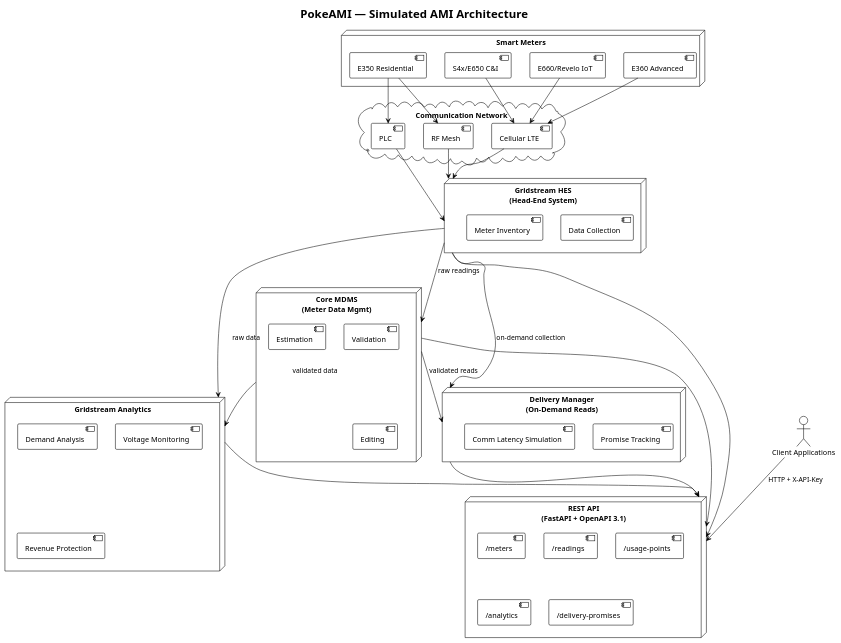
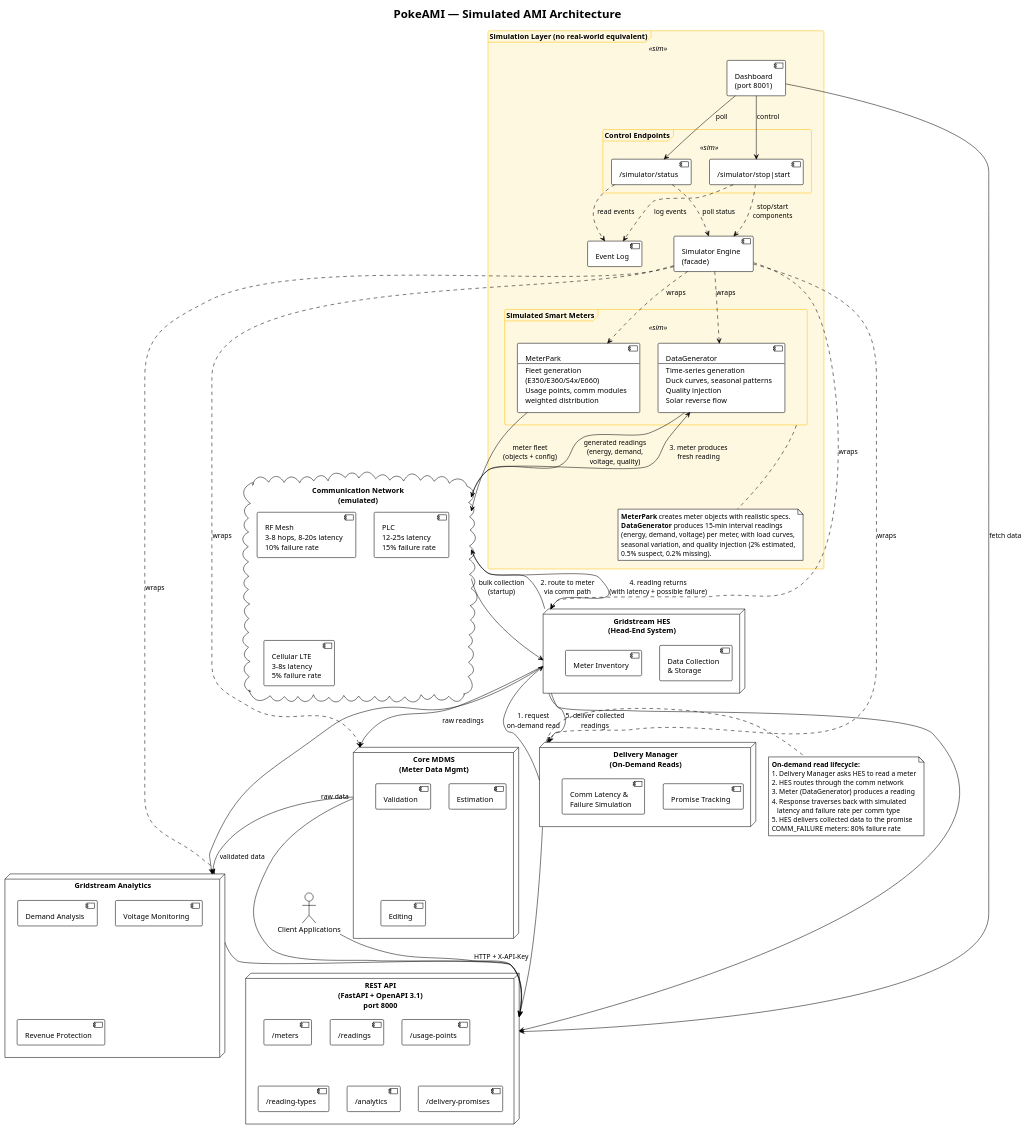
One commit to pjm4github/PokeAMI changed the diagram in docs/diagrams/architecture.puml. Above: the diagram before and after it, drawn with PlantUML. The commit also changed 1 other file, not shown here.

Commit message:
Update README with endpoint-to-component map and architecture diagram with simulation layer
README: add startup URL table (API port 8000, dashboard port 8001),
simulator control and dashboard endpoint sections, endpoint-to-component
map table showing which AMI components each endpoint touches, data flow
summary, simulation-only endpoints section, DASHBOARD_PORT config, and
updated project structure.

architecture.puml: replace conceptual Smart Meters/Comm Network with
actual Simulation Layer showing MeterPark and DataGenerator feeding
through an emulated Communication Network into the HES. Add numbered
on-demand read lifecycle (Delivery Manager → HES → Comm Network → Meter
→ back) and Simulation Control Plane with Simulator Engine, Event Log,
control endpoints, and Dashboard.

```diff
--- a/docs/diagrams/architecture.puml
+++ b/docs/diagrams/architecture.puml
@@ -1,75 +1,153 @@
 @startuml Architecture Diagram
 !theme plain
 
 title PokeAMI — Simulated AMI Architecture
 
-node "Smart Meters" {
-    [E350 Residential] as E350
-    [E360 Advanced] as E360
-    [S4x/E650 C&I] as S4x
-    [E660/Revelo IoT] as E660
+skinparam frame {
+    BackgroundColor<<sim>> #FFF8E1
+    BorderColor<<sim>> #FFC107
 }
 
-cloud "Communication Network" {
-    [RF Mesh] as RF
-    [PLC] as PLC
-    [Cellular LTE] as LTE
+' ============================================================
+'  Simulation Layer
+'  (generates data and controls the emulated components)
+' ============================================================
+
+frame "Simulation Layer (no real-world equivalent)" <<sim>> {
+
+    frame "Simulated Smart Meters" <<sim>> as SM {
+        [MeterPark\n--\nFleet generation\n(E350/E360/S4x/E660)\nUsage points, comm modules\nweighted distribution] as MP
+        [DataGenerator\n--\nTime-series generation\nDuck curves, seasonal patterns\nQuality injection\nSolar reverse flow] as DG
+    }
+
+    note bottom of SM
+        **MeterPark** creates meter objects with realistic specs.
+        **DataGenerator** produces 15-min interval readings
+        (energy, demand, voltage) per meter, with load curves,
+        seasonal variation, and quality injection (2% estimated,
+        0.5% suspect, 0.2% missing).
+    end note
+
+    [Simulator Engine\n(facade)] as SE
+    [Event Log] as EL
+
+    frame "Control Endpoints" <<sim>> as CE {
+        [/simulator/status] as SimStatus
+        [/simulator/stop|start] as SimCtrl
+    }
+
+    [Dashboard\n(port 8001)] as Dash
+}
+
+' ============================================================
+'  Emulated AMI Components
+'  (represent real Landis+Gyr infrastructure)
+' ============================================================
+
+cloud "Communication Network\n(emulated)" as COMM {
+    [RF Mesh\n3-8 hops, 8-20s latency\n10% failure rate] as RF
+    [PLC\n12-25s latency\n15% failure rate] as PLC
+    [Cellular LTE\n3-8s latency\n5% failure rate] as LTE
 }
 
 node "Gridstream HES\n(Head-End System)" as HES {
-    [Data Collection]
-    [Meter Inventory]
+    [Data Collection\n& Storage] as DC
+    [Meter Inventory] as MI
 }
 
 node "Core MDMS\n(Meter Data Mgmt)" as MDM {
     [Validation]
     [Estimation]
     [Editing]
 }
 
 node "Gridstream Analytics" as GA {
     [Demand Analysis]
     [Voltage Monitoring]
     [Revenue Protection]
 }
 
 node "Delivery Manager\n(On-Demand Reads)" as DM {
-    [Promise Tracking]
-    [Comm Latency Simulation]
+    [Promise Tracking] as PT
+    [Comm Latency &\nFailure Simulation] as CLS
 }
 
-node "REST API\n(FastAPI + OpenAPI 3.1)" as API {
+node "REST API\n(FastAPI + OpenAPI 3.1)\nport 8000" as API {
     [/meters]
     [/readings]
     [/usage-points]
+    [/reading-types]
     [/analytics]
     [/delivery-promises]
 }
 
 actor "Client Applications" as Client
 
-E350 --> RF
-E360 --> LTE
-S4x --> LTE
-E660 --> LTE
-E350 --> PLC
+' ============================================================
+'  Data generation: simulation → meters → comm network → HES
+' ============================================================
 
-RF --> HES
-PLC --> HES
-LTE --> HES
+MP -down-> COMM : meter fleet\n(objects + config)
+DG -down-> COMM : generated readings\n(energy, demand,\nvoltage, quality)
 
-HES --> MDM : raw readings
-MDM --> GA : validated data
-HES --> GA : raw data
+COMM -down-> HES : bulk collection\n(startup)
+
+' ============================================================
+'  On-demand read flow
+'  Client → API → Delivery Manager → HES → Comm Network
+'  → Meter (DataGenerator) → Comm Network → HES → response
+' ============================================================
+
+DM -up-> HES : 1. request\non-demand read
+HES -up-> COMM : 2. route to meter\nvia comm path
+COMM -up-> DG : 3. meter produces\nfresh reading
+COMM -down-> HES : 4. reading returns\n(with latency + possible failure)
+HES -down-> DM : 5. deliver collected\nreadings
+
+note right of DM
+    **On-demand read lifecycle:**
+    1. Delivery Manager asks HES to read a meter
+    2. HES routes through the comm network
+    3. Meter (DataGenerator) produces a reading
+    4. Response traverses back with simulated
+       latency and failure rate per comm type
+    5. HES delivers collected data to the promise
+    COMM_FAILURE meters: 80% failure rate
+end note
+
+' ============================================================
+'  Emulated AMI data flow (historical/batch)
+' ============================================================
+
+HES -down-> MDM : raw readings
+HES -down-> GA : raw data
+MDM -down-> GA : validated data
 
 HES --> API
 MDM --> API
 GA --> API
 DM --> API
 
-HES --> DM : on-demand collection
-MDM --> DM : validated reads
-
 Client --> API : HTTP + X-API-Key
 
+' ============================================================
+'  Simulation control flow
+' ============================================================
+
+SE ..> HES : wraps
+SE ..> MDM : wraps
+SE ..> GA : wraps
+SE ..> DM : wraps
+SE ..> MP : wraps
+SE ..> DG : wraps
+
+SimCtrl ..> SE : stop/start\ncomponents
+SimStatus ..> SE : poll status
+SimStatus ..> EL : read events
+SimCtrl ..> EL : log events
+
+Dash --> SimStatus : poll
+Dash --> SimCtrl : control
+Dash --> API : fetch data
+
 @enduml
```
